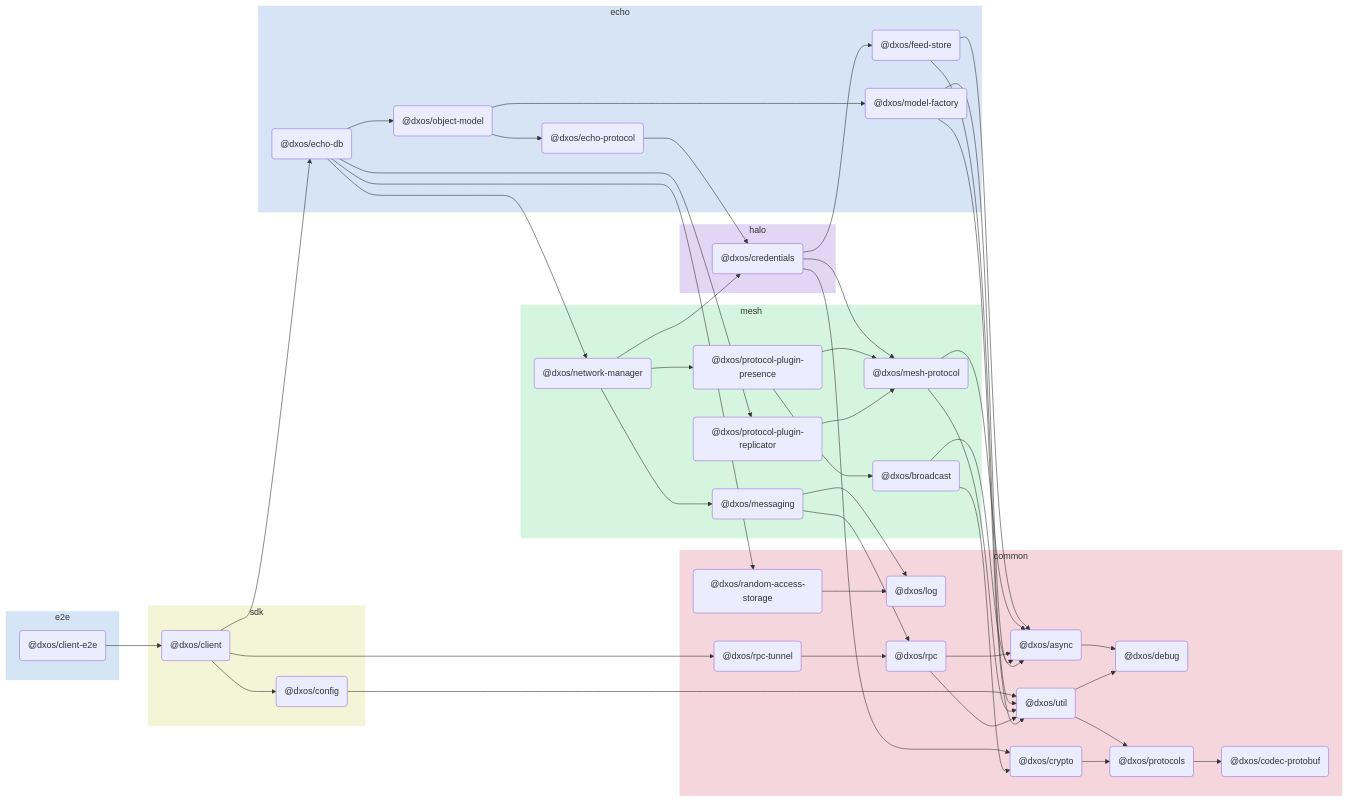
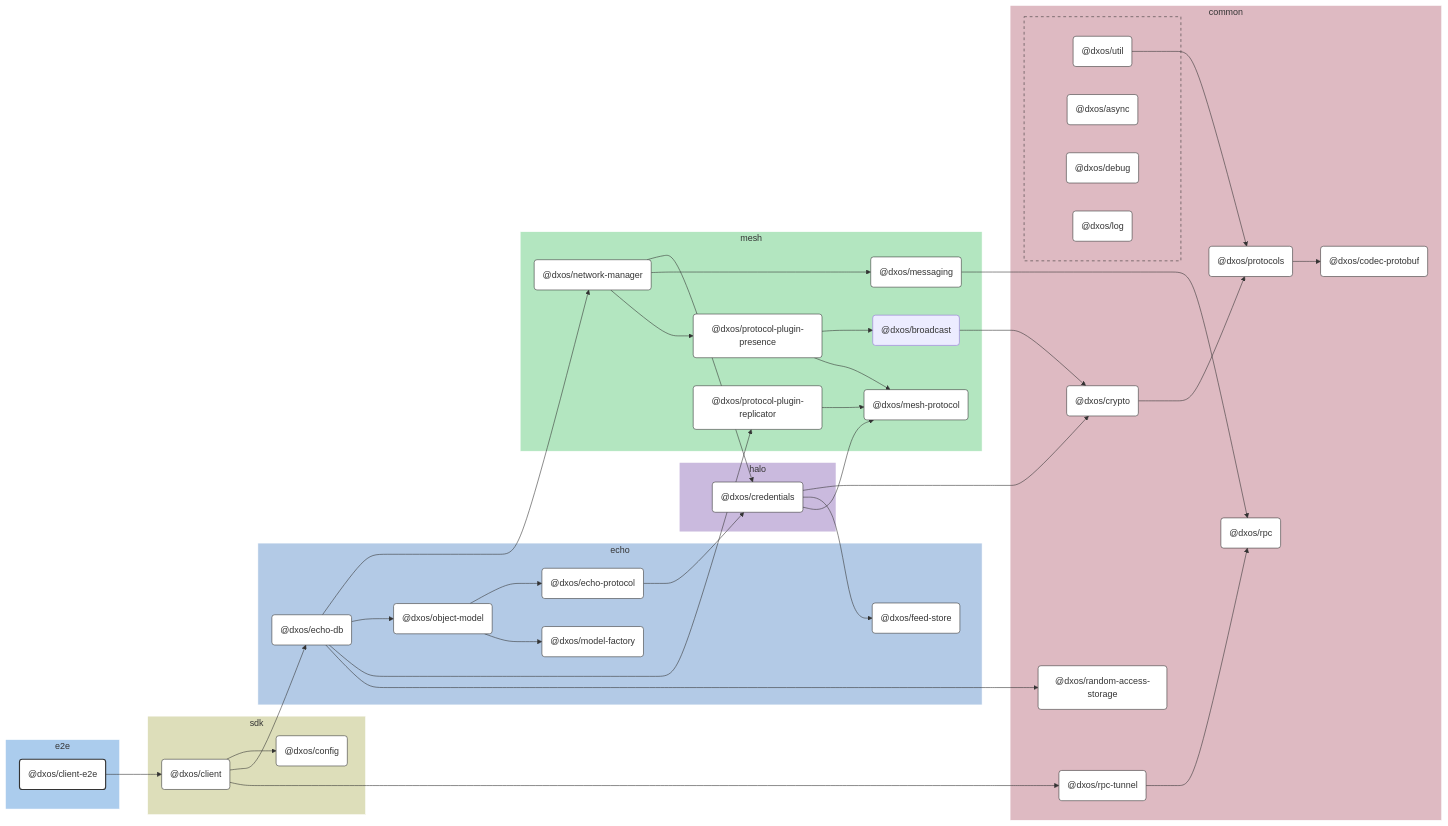
One commit to dxos/dxos changed the diagram in e2e/client/docs/README.md. Above: the diagram before and after it, drawn with Mermaid. The commit also changed other lines of this file and 109 other files, not shown here.

````diff
--- a/e2e/client/docs/README.md
+++ b/e2e/client/docs/README.md
@@ -5,93 +7,151 @@
 ```mermaid
-flowchart LR;
+%%{ init: {'flowchart':{'curve':'basis'}} }%%
 
+flowchart LR
+
+%% Links
+dxos/broadcast --> dxos/crypto;
+dxos/client --> dxos/config;
+dxos/client --> dxos/echo-db;
+dxos/client --> dxos/rpc-tunnel;
+dxos/client-e2e --> dxos/client;
+dxos/credentials --> dxos/crypto;
+dxos/credentials --> dxos/feed-store;
+dxos/credentials --> dxos/mesh-protocol;
+dxos/crypto --> dxos/protocols;
+dxos/echo-db --> dxos/network-manager;
+dxos/echo-db --> dxos/object-model;
+dxos/echo-db --> dxos/protocol-plugin-replicator;
+dxos/echo-db --> dxos/random-access-storage;
+dxos/echo-protocol --> dxos/credentials;
+dxos/messaging --> dxos/rpc;
+dxos/network-manager --> dxos/credentials;
+dxos/network-manager --> dxos/messaging;
+dxos/network-manager --> dxos/protocol-plugin-presence;
+dxos/object-model --> dxos/echo-protocol;
+dxos/object-model --> dxos/model-factory;
+dxos/protocol-plugin-presence --> dxos/broadcast;
+dxos/protocol-plugin-presence --> dxos/mesh-protocol;
+dxos/protocol-plugin-replicator --> dxos/mesh-protocol;
+dxos/protocols --> dxos/codec-protobuf;
+dxos/rpc-tunnel --> dxos/rpc;
+dxos/util --> dxos/protocols;
+
+%% Sections
 subgraph e2e
-  style e2e fill:#d6e5f5,stroke:#fff;
-  dxos/client-e2e("@dxos/client-e2e");
+  style e2e fill:#abcced,stroke:#fff;
+
+  dxos/client-e2e("@dxos/client-e2e")
 end
 
 subgraph sdk
-  style sdk fill:#f4f5d6,stroke:#fff;
-  dxos/client("@dxos/client");
-  dxos/config("@dxos/config");
+  style sdk fill:#dddeba,stroke:#fff;
+
+  dxos/client("@dxos/client")
+  dxos/config("@dxos/config")
 end
 
 subgraph common
-  style common fill:#f5d6dd,stroke:#fff;
-  dxos/async("@dxos/async");
-  dxos/debug("@dxos/debug");
-  dxos/codec-protobuf("@dxos/codec-protobuf");
-  dxos/protocols("@dxos/protocols");
-  dxos/util("@dxos/util");
-  dxos/log("@dxos/log");
-  dxos/crypto("@dxos/crypto");
-  dxos/rpc("@dxos/rpc");
-  dxos/random-access-storage("@dxos/random-access-storage");
-  dxos/rpc-tunnel("@dxos/rpc-tunnel");
+  style common fill:#debac2,stroke:#fff;
+
+  dxos/codec-protobuf("@dxos/codec-protobuf")
+  dxos/crypto("@dxos/crypto")
+  dxos/protocols("@dxos/protocols")
+  dxos/random-access-storage("@dxos/random-access-storage")
+  dxos/rpc("@dxos/rpc")
+  dxos/rpc-tunnel("@dxos/rpc-tunnel")
+
+  subgraph common-excluded [ ]
+    style common-excluded fill:#debac2,stroke:#333,stroke-dasharray:5 5;
+
+    dxos/async("@dxos/async")
+    dxos/debug("@dxos/debug")
+    dxos/log("@dxos/log")
+    dxos/util("@dxos/util")
+  end
 end
 
 subgraph echo
-  style echo fill:#d6e4f5,stroke:#fff;
-  dxos/echo-db("@dxos/echo-db");
-  dxos/feed-store("@dxos/feed-store");
-  dxos/echo-protocol("@dxos/echo-protocol");
-  dxos/model-factory("@dxos/model-factory");
-  dxos/object-model("@dxos/object-model");
+  style echo fill:#b3cae6,stroke:#fff;
+
+  dxos/echo-db("@dxos/echo-db")
+  dxos/echo-protocol("@dxos/echo-protocol")
+  dxos/feed-store("@dxos/feed-store")
+  dxos/model-factory("@dxos/model-factory")
+  dxos/object-model("@dxos/object-model")
 end
 
 subgraph halo
-  style halo fill:#e3d6f5,stroke:#fff;
-  dxos/credentials("@dxos/credentials");
+  style halo fill:#cabade,stroke:#fff;
+
+  dxos/credentials("@dxos/credentials")
 end
 
 subgraph mesh
-  style mesh fill:#d6f5de,stroke:#fff;
-  dxos/mesh-protocol("@dxos/mesh-protocol");
-  dxos/messaging("@dxos/messaging");
-  dxos/network-manager("@dxos/network-manager");
-  dxos/protocol-plugin-presence("@dxos/protocol-plugin-presence");
-  dxos/broadcast("@dxos/broadcast");
-  dxos/protocol-plugin-replicator("@dxos/protocol-plugin-replicator");
+  style mesh fill:#b3e6c0,stroke:#fff;
+
+  dxos/broadcast("@dxos/broadcast")
+  dxos/mesh-protocol("@dxos/mesh-protocol")
+  dxos/messaging("@dxos/messaging")
+  dxos/network-manager("@dxos/network-manager")
+  dxos/protocol-plugin-presence("@dxos/protocol-plugin-presence")
+  dxos/protocol-plugin-replicator("@dxos/protocol-plugin-replicator")
 end
 
-dxos/client-e2e --> dxos/client;
-dxos/async --> dxos/debug;
-dxos/client --> dxos/config;
-dxos/protocols --> dxos/codec-protobuf;
-dxos/config --> dxos/util;
-dxos/util --> dxos/debug;
-dxos/util --> dxos/protocols;
-dxos/client --> dxos/echo-db;
-dxos/credentials --> dxos/crypto;
-dxos/crypto --> dxos/protocols;
-dxos/credentials --> dxos/feed-store;
-dxos/feed-store --> dxos/async;
-dxos/feed-store --> dxos/util;
-dxos/credentials --> dxos/mesh-protocol;
-dxos/mesh-protocol --> dxos/async;
-dxos/mesh-protocol --> dxos/util;
-dxos/echo-protocol --> dxos/credentials;
-dxos/messaging --> dxos/log;
-dxos/messaging --> dxos/rpc;
-dxos/rpc --> dxos/async;
-dxos/rpc --> dxos/util;
-dxos/model-factory --> dxos/async;
-dxos/model-factory --> dxos/util;
-dxos/echo-db --> dxos/network-manager;
-dxos/network-manager --> dxos/credentials;
-dxos/network-manager --> dxos/messaging;
-dxos/network-manager --> dxos/protocol-plugin-presence;
-dxos/protocol-plugin-presence --> dxos/broadcast;
-dxos/broadcast --> dxos/async;
-dxos/broadcast --> dxos/crypto;
-dxos/protocol-plugin-presence --> dxos/mesh-protocol;
-dxos/echo-db --> dxos/object-model;
-dxos/object-model --> dxos/echo-protocol;
-dxos/object-model --> dxos/model-factory;
-dxos/echo-db --> dxos/protocol-plugin-replicator;
-dxos/protocol-plugin-replicator --> dxos/mesh-protocol;
-dxos/echo-db --> dxos/random-access-storage;
-dxos/random-access-storage --> dxos/log;
-dxos/client --> dxos/rpc-tunnel;
-dxos/rpc-tunnel --> dxos/rpc;
+
+%% Hyperlinks
+click dxos/async href "https:/github.com/dxos/dxos/tree/main/packages/common/async/docs";
+click dxos/client href "https:/github.com/dxos/dxos/tree/main/packages/sdk/client/docs";
+click dxos/codec-protobuf href "https:/github.com/dxos/dxos/tree/main/packages/common/codec-protobuf/docs";
+click dxos/config href "https:/github.com/dxos/dxos/tree/main/packages/sdk/config/docs";
+click dxos/credentials href "https:/github.com/dxos/dxos/tree/main/packages/halo/credentials/docs";
+click dxos/crypto href "https:/github.com/dxos/dxos/tree/main/packages/common/crypto/docs";
+click dxos/debug href "https:/github.com/dxos/dxos/tree/main/packages/common/debug/docs";
+click dxos/echo-db href "https:/github.com/dxos/dxos/tree/main/packages/echo/echo-db/docs";
+click dxos/echo-protocol href "https:/github.com/dxos/dxos/tree/main/packages/echo/echo-protocol/docs";
+click dxos/feed-store href "https:/github.com/dxos/dxos/tree/main/packages/echo/feed-store/docs";
+click dxos/log href "https:/github.com/dxos/dxos/tree/main/packages/common/log/docs";
+click dxos/mesh-protocol href "https:/github.com/dxos/dxos/tree/main/packages/mesh/mesh-protocol/docs";
+click dxos/messaging href "https:/github.com/dxos/dxos/tree/main/packages/mesh/messaging/docs";
+click dxos/model-factory href "https:/github.com/dxos/dxos/tree/main/packages/echo/model-factory/docs";
+click dxos/network-manager href "https:/github.com/dxos/dxos/tree/main/packages/mesh/network-manager/docs";
+click dxos/object-model href "https:/github.com/dxos/dxos/tree/main/packages/echo/object-model/docs";
+click dxos/protocol-plugin-presence href "https:/github.com/dxos/dxos/tree/main/packages/mesh/protocol-plugin-presence/docs";
+click dxos/protocol-plugin-replicator href "https:/github.com/dxos/dxos/tree/main/packages/mesh/protocol-plugin-replicator/docs";
+click dxos/protocols href "https:/github.com/dxos/dxos/tree/main/packages/common/protocols/docs";
+click dxos/random-access-storage href "https:/github.com/dxos/dxos/tree/main/packages/common/random-access-storage/docs";
+click dxos/rpc href "https:/github.com/dxos/dxos/tree/main/packages/common/rpc/docs";
+click dxos/rpc-tunnel href "https:/github.com/dxos/dxos/tree/main/packages/common/rpc-tunnel/docs";
+click dxos/util href "https:/github.com/dxos/dxos/tree/main/packages/common/util/docs";
+
+%% Styles
+classDef rootNode fill:#fff,stroke:#333,stroke-width:2px
+classDef defaultNode fill:#fff,stroke:#333,stroke-width:1px
+linkStyle default stroke:#333,stroke-width:1px
+
+dxos/client-e2e:::rootNode
+
+dxos/async:::defaultNode
+dxos/client:::defaultNode
+dxos/codec-protobuf:::defaultNode
+dxos/config:::defaultNode
+dxos/credentials:::defaultNode
+dxos/crypto:::defaultNode
+dxos/debug:::defaultNode
+dxos/echo-db:::defaultNode
+dxos/echo-protocol:::defaultNode
+dxos/feed-store:::defaultNode
+dxos/log:::defaultNode
+dxos/mesh-protocol:::defaultNode
+dxos/messaging:::defaultNode
+dxos/model-factory:::defaultNode
+dxos/network-manager:::defaultNode
+dxos/object-model:::defaultNode
+dxos/protocol-plugin-presence:::defaultNode
+dxos/protocol-plugin-replicator:::defaultNode
+dxos/protocols:::defaultNode
+dxos/random-access-storage:::defaultNode
+dxos/rpc:::defaultNode
+dxos/rpc-tunnel:::defaultNode
+dxos/util:::defaultNode
 ```
````
